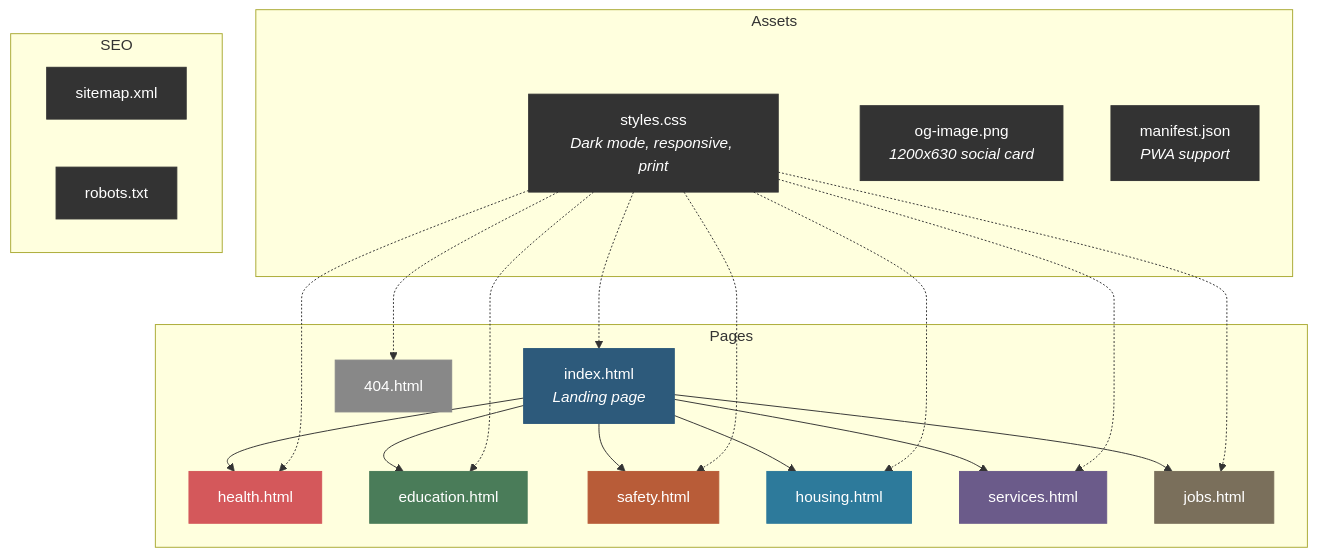
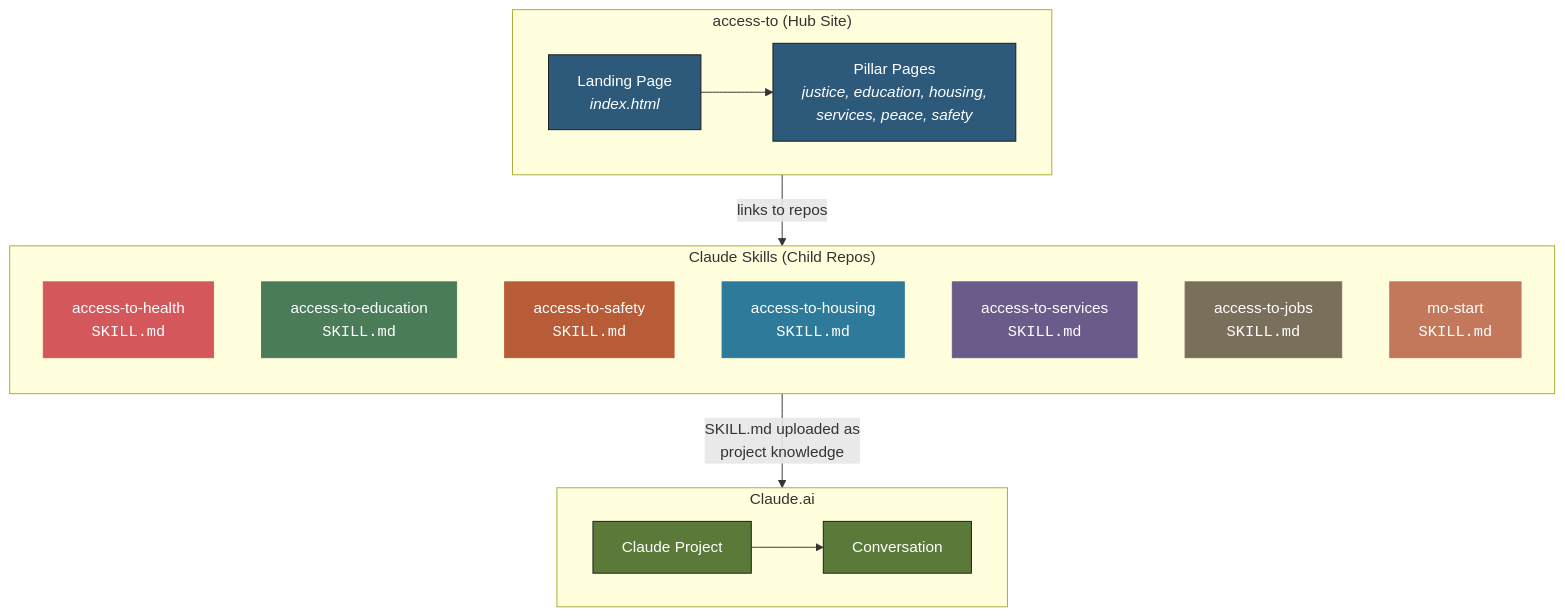
Before and after one commit to dougdevitre/access-to: the fourth of 6 diagrams in README.md, drawn with Mermaid. The commit also changed other lines of this file, not shown here.

````diff
--- a/README.md
+++ b/README.md
@@ -296,41 +207,42 @@
 ```mermaid
-graph TD
-    subgraph Pages
-        IDX[index.html<br/><i>Landing page</i>]
-        H[health.html]
-        E[education.html]
-        SF[safety.html]
-        HO[housing.html]
-        S[services.html]
-        J[jobs.html]
-        ERR[404.html]
+flowchart TB
+    subgraph HUB ["access-to (Hub Site)"]
+        direction LR
+        LP["Landing Page<br/><i>index.html</i>"]
+        PP["Pillar Pages<br/><i>justice, education, housing,<br/>services, peace, safety</i>"]
+        LP --> PP
     end
 
-    subgraph Assets
-        CSS[styles.css<br/><i>Dark mode, responsive, print</i>]
-        OG[og-image.png<br/><i>1200x630 social card</i>]
-        MF[manifest.json<br/><i>PWA support</i>]
+    subgraph SKILLS ["Claude Skills (Child Repos)"]
+        direction TB
+        S1["access-to-health<br/><code>SKILL.md</code>"]
+        S2["access-to-education<br/><code>SKILL.md</code>"]
+        S3["access-to-safety<br/><code>SKILL.md</code>"]
+        S4["access-to-housing<br/><code>SKILL.md</code>"]
+        S5["access-to-services<br/><code>SKILL.md</code>"]
+        S6["access-to-jobs<br/><code>SKILL.md</code>"]
+        S7["mo-start<br/><code>SKILL.md</code>"]
     end
 
-    subgraph SEO
-        SM[sitemap.xml]
-        RB[robots.txt]
+    subgraph CLAUDE ["Claude.ai"]
+        direction LR
+        CP["Claude Project"]
+        CONV["Conversation"]
+        CP --> CONV
     end
 
-    IDX --> H & E & SF & HO & S & J
-    CSS -.-> IDX & H & E & SF & HO & S & J & ERR
+    PP -- "links to repos" --> SKILLS
+    SKILLS -- "SKILL.md uploaded as<br/>project knowledge" --> CP
 
-    style IDX fill:#2D5A7B,stroke:#2D5A7B,color:#fff
-    style H fill:#D4585B,stroke:#D4585B,color:#fff
-    style E fill:#4A7C59,stroke:#4A7C59,color:#fff
-    style SF fill:#B85C38,stroke:#B85C38,color:#fff
-    style HO fill:#2D7A9B,stroke:#2D7A9B,color:#fff
-    style S fill:#6B5B8A,stroke:#6B5B8A,color:#fff
-    style J fill:#7A6F5B,stroke:#7A6F5B,color:#fff
-    style ERR fill:#888,stroke:#888,color:#fff
-    style CSS fill:#333,stroke:#333,color:#fff
-    style OG fill:#333,stroke:#333,color:#fff
-    style MF fill:#333,stroke:#333,color:#fff
-    style SM fill:#333,stroke:#333,color:#fff
-    style RB fill:#333,stroke:#333,color:#fff
+    style LP fill:#2D5A7B,stroke:#1A1A1A,color:#fff
+    style PP fill:#2D5A7B,stroke:#1A1A1A,color:#fff
+    style CP fill:#5B7A3A,stroke:#1A1A1A,color:#fff
+    style CONV fill:#5B7A3A,stroke:#1A1A1A,color:#fff
+    style S1 fill:#D4585B,stroke:#D4585B,color:#fff
+    style S2 fill:#4A7C59,stroke:#4A7C59,color:#fff
+    style S3 fill:#B85C38,stroke:#B85C38,color:#fff
+    style S4 fill:#2D7A9B,stroke:#2D7A9B,color:#fff
+    style S5 fill:#6B5B8A,stroke:#6B5B8A,color:#fff
+    style S6 fill:#7A6F5B,stroke:#7A6F5B,color:#fff
+    style S7 fill:#C4785B,stroke:#C4785B,color:#fff
 ```
````
